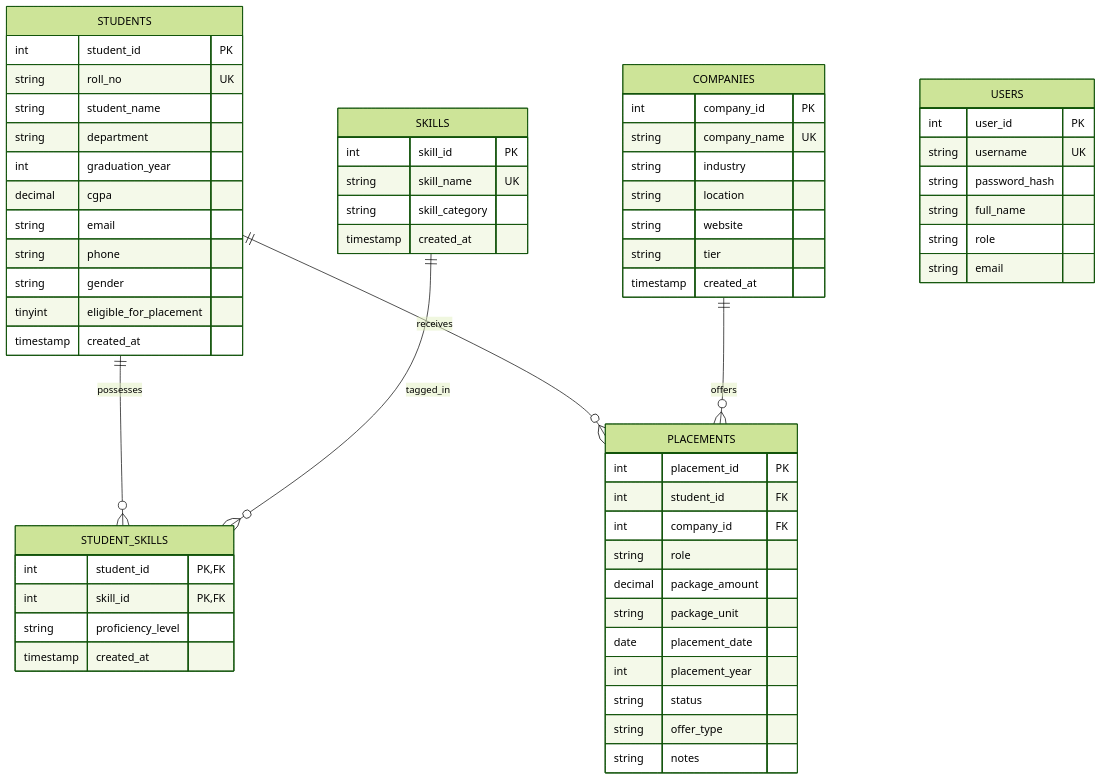
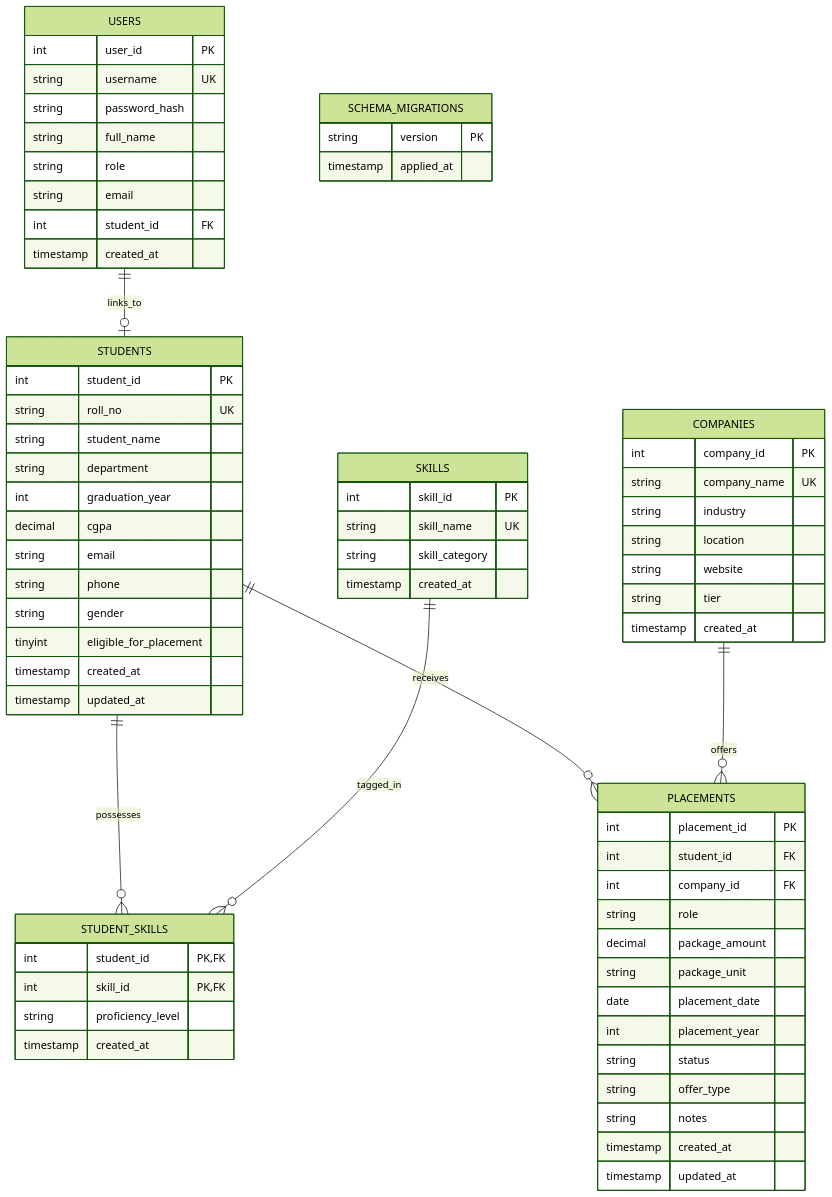
Before and after one commit to hemalatha24088-glitch/student-placement-data-analysis-system: the diagram in docs/database_design.md, drawn with Mermaid (forest theme). The commit also changed other lines of this file and 19 other files, not shown here.

````diff
--- a/docs/database_design.md
+++ b/docs/database_design.md
@@ -13,62 +13,72 @@
 ```mermaid
 erDiagram
     STUDENTS ||--o{ STUDENT_SKILLS : possesses
     SKILLS ||--o{ STUDENT_SKILLS : tagged_in
     STUDENTS ||--o{ PLACEMENTS : receives
     COMPANIES ||--o{ PLACEMENTS : offers
+    USERS ||--o| STUDENTS : links_to
+    SCHEMA_MIGRATIONS {
+        string version PK
+        timestamp applied_at
+    }
     USERS {
         int user_id PK
         string username UK
         string password_hash
         string full_name
         string role
         string email
+        int student_id FK
+        timestamp created_at
     }
     STUDENTS {
         int student_id PK
         string roll_no UK
         string student_name
         string department
         int graduation_year
         decimal cgpa
         string email
         string phone
         string gender
         tinyint eligible_for_placement
         timestamp created_at
+        timestamp updated_at
     }
     SKILLS {
         int skill_id PK
         string skill_name UK
         string skill_category
         timestamp created_at
     }
     STUDENT_SKILLS {
         int student_id PK,FK
         int skill_id PK,FK
         string proficiency_level
         timestamp created_at
     }
     COMPANIES {
         int company_id PK
         string company_name UK
         string industry
         string location
         string website
         string tier
         timestamp created_at
     }
     PLACEMENTS {
         int placement_id PK
         int student_id FK
         int company_id FK
         string role
         decimal package_amount
         string package_unit
         date placement_date
         int placement_year
         string status
         string offer_type
         string notes
+        timestamp created_at
+        timestamp updated_at
     }
 ```
````
